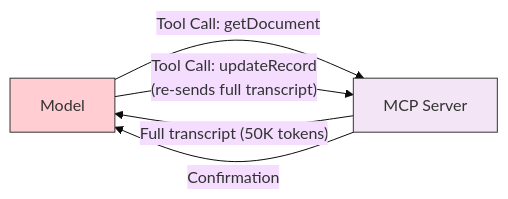
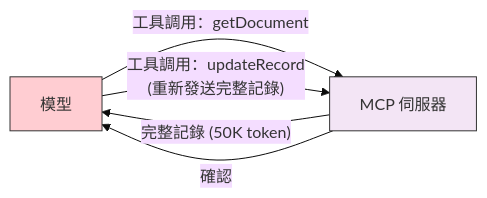
Before and after one commit to huckly/claude-howto-zh-tw: the sixth of 7 diagrams in 05-mcp/README.md, drawn with Mermaid (base theme). The commit also changed other lines of this file, not shown here.

Commit message:
🔌 05-mcp：MCP Protocol — 同步上游更新並翻譯

````diff
--- a/05-mcp/README.md
+++ b/05-mcp/README.md
@@ -752,10 +745,10 @@
 ```mermaid
 graph LR
-    A["Model"] -->|"Tool Call: getDocument"| B["MCP Server"]
-    B -->|"Full transcript (50K tokens)"| A
-    A -->|"Tool Call: updateRecord<br/>(re-sends full transcript)"| B
-    B -->|"Confirmation"| A
+    A["模型"] -->|"工具調用：getDocument"| B["MCP 伺服器"]
+    B -->|"完整記錄 (50K token)"| A
+    A -->|"工具調用：updateRecord<br/>(重新發送完整記錄)"| B
+    B -->|"確認"| A
 
     style A fill:#ffcdd2,stroke:#333,color:#333
     style B fill:#f3e5f5,stroke:#333,color:#333
 ```
````
